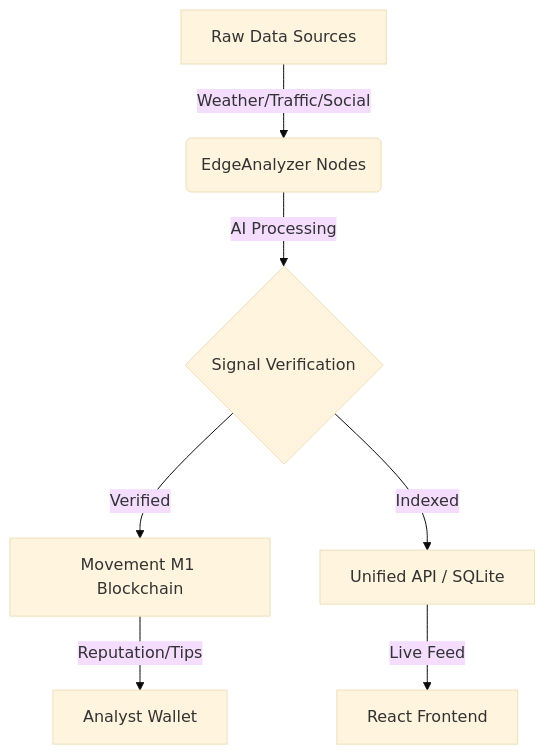
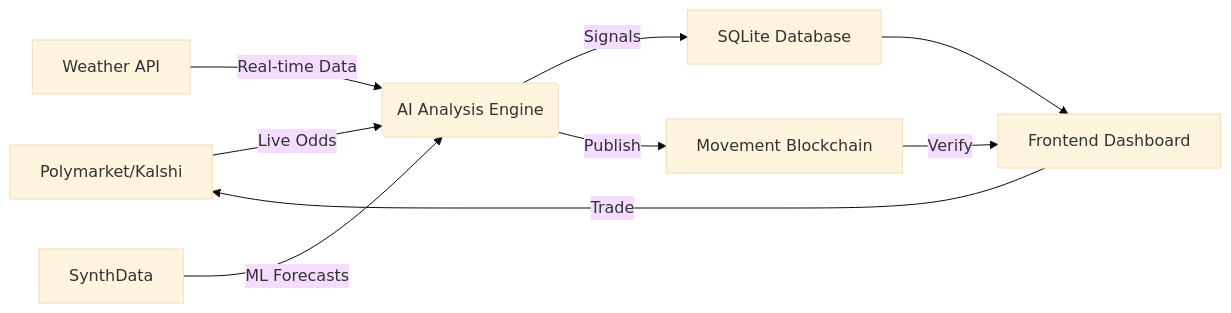
Before and after one commit to thisyearnofear/fourcast: the diagram in README.md, drawn with Mermaid (base theme). The commit also changed other lines of this file and 21 other files, not shown here.

````diff
--- a/README.md
+++ b/README.md
@@ -44,9 +42,11 @@
 ```mermaid
-graph TD
-    A[Raw Data Sources] -->|Weather/Traffic/Social| B(EdgeAnalyzer Nodes)
-    B -->|AI Processing| C{Signal Verification}
-    C -->|Verified| D[Movement M1 Blockchain]
-    C -->|Indexed| E[Unified API / SQLite]
-    D -->|Reputation/Tips| F[Analyst Wallet]
-    E -->|Live Feed| G[React Frontend]
+graph LR
+    A[Polymarket/Kalshi] -->|Live Odds| B(AI Analysis Engine)
+    C[Weather API] -->|Real-time Data| B
+    D[SynthData] -->|ML Forecasts| B
+    B -->|Signals| E[SQLite Database]
+    B -->|Publish| F[Movement Blockchain]
+    E --> G[Frontend Dashboard]
+    F -->|Verify| G
+    G -->|Trade| A
 ```
````
